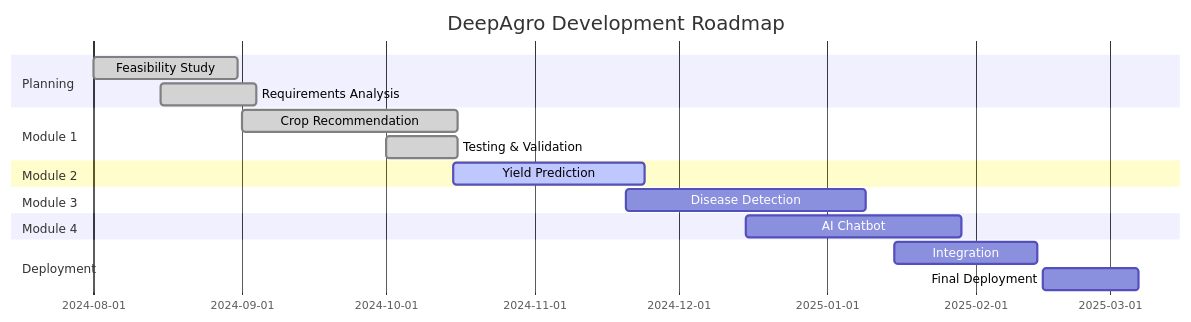
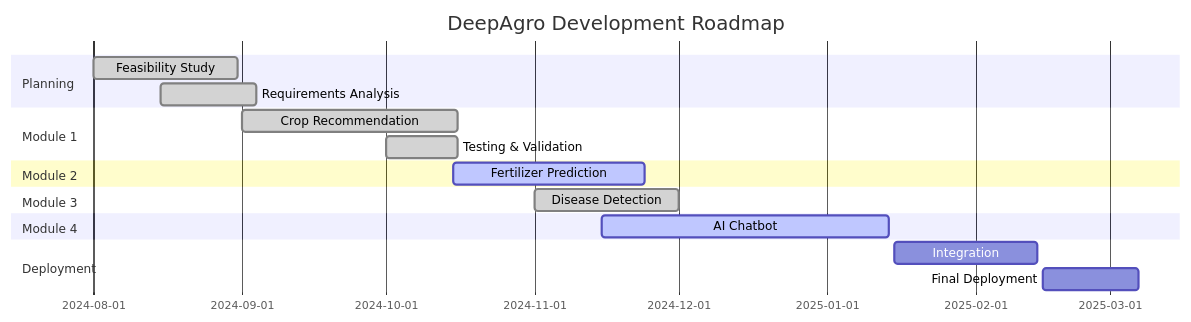
The diagram in README.md (modeltrainer100/CS210-Software-Engineering-Project-), drawn with Mermaid before and after one commit. The commit also changed other lines of this file, not shown here.

````diff
--- a/README.md
+++ b/README.md
@@ -266,20 +266,20 @@
 ```mermaid
 gantt
     title DeepAgro Development Roadmap
     dateFormat  YYYY-MM-DD
     section Planning
     Feasibility Study           :done,    des1, 2024-08-01, 30d
     Requirements Analysis       :done,    des2, 2024-08-15, 20d
     section Module 1
     Crop Recommendation         :done,    mod1, 2024-09-01, 45d
     Testing & Validation        :done,    test1, 2024-10-01, 15d
     section Module 2
-    Yield Prediction           :active,  mod2, 2024-10-15, 40d
+    Fertilizer Prediction       :active,  mod2, 2024-10-15, 40d
     section Module 3
-    Disease Detection          :         mod3, 2024-11-20, 50d
+    Disease Detection           :done,    mod3, 2024-11-01, 30d
     section Module 4
-    AI Chatbot                 :         mod4, 2024-12-15, 45d
+    AI Chatbot                  :active,  mod4, 2024-11-15, 60d
     section Deployment
     Integration                :         int1, 2025-01-15, 30d
     Final Deployment           :         dep1, 2025-02-15, 20d
 ```
````
